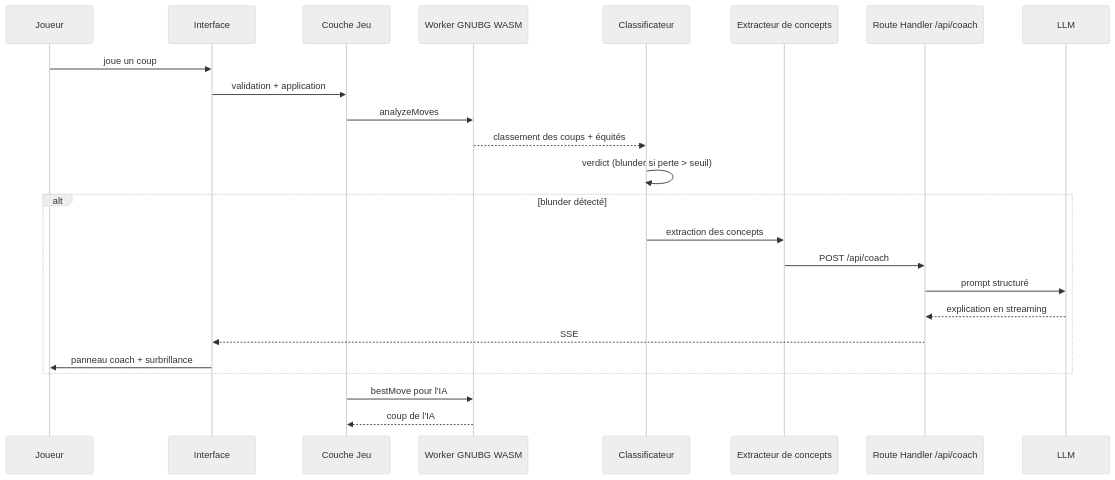
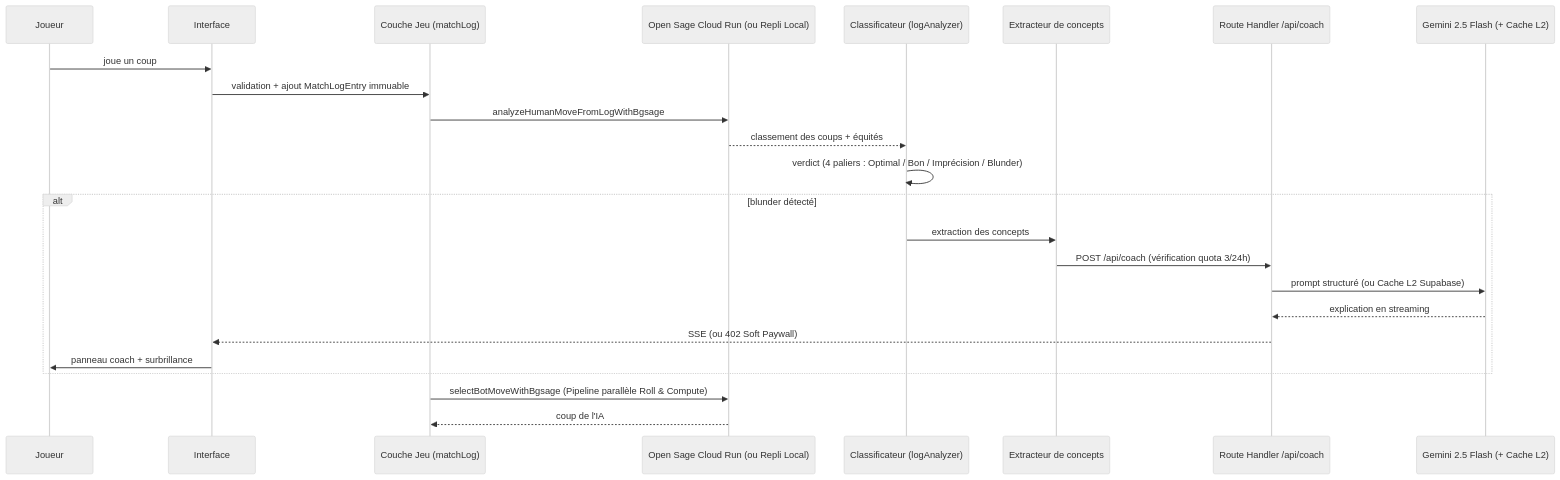
One commit to 8888vtc-ui/BACK changed the second of 2 diagrams in ARCHITECTURE.md. Above: the diagram before and after it, drawn with Mermaid (neutral theme). The commit also changed other lines of this file and 118 other files, not shown here.

````diff
--- a/ARCHITECTURE.md
+++ b/ARCHITECTURE.md
@@ -292,27 +328,27 @@
 ```mermaid
 sequenceDiagram
     participant J as Joueur
     participant UI as Interface
-    participant G as Couche Jeu
-    participant W as Worker GNUBG WASM
-    participant C as Classificateur
+    participant G as Couche Jeu (matchLog)
+    participant S_AI as Open Sage Cloud Run (ou Repli Local)
+    participant C as Classificateur (logAnalyzer)
     participant X as Extracteur de concepts
     participant S as Route Handler /api/coach
-    participant L as LLM
+    participant L as Gemini 2.5 Flash (+ Cache L2)
 
     J->>UI: joue un coup
-    UI->>G: validation + application
-    G->>W: analyzeMoves
-    W-->>C: classement des coups + équités
-    C->>C: verdict (blunder si perte > seuil)
+    UI->>G: validation + ajout MatchLogEntry immuable
+    G->>S_AI: analyzeHumanMoveFromLogWithBgsage
+    S_AI-->>C: classement des coups + équités
+    C->>C: verdict (4 paliers : Optimal / Bon / Imprécision / Blunder)
     alt blunder détecté
         C->>X: extraction des concepts
-        X->>S: POST /api/coach
-        S->>L: prompt structuré
+        X->>S: POST /api/coach (vérification quota 3/24h)
+        S->>L: prompt structuré (ou Cache L2 Supabase)
         L-->>S: explication en streaming
-        S-->>UI: SSE
+        S-->>UI: SSE (ou 402 Soft Paywall)
         UI->>J: panneau coach + surbrillance
     end
-    G->>W: bestMove pour l'IA
-    W-->>G: coup de l'IA
+    G->>S_AI: selectBotMoveWithBgsage (Pipeline parallèle Roll & Compute)
+    S_AI-->>G: coup de l'IA
 ```
````
